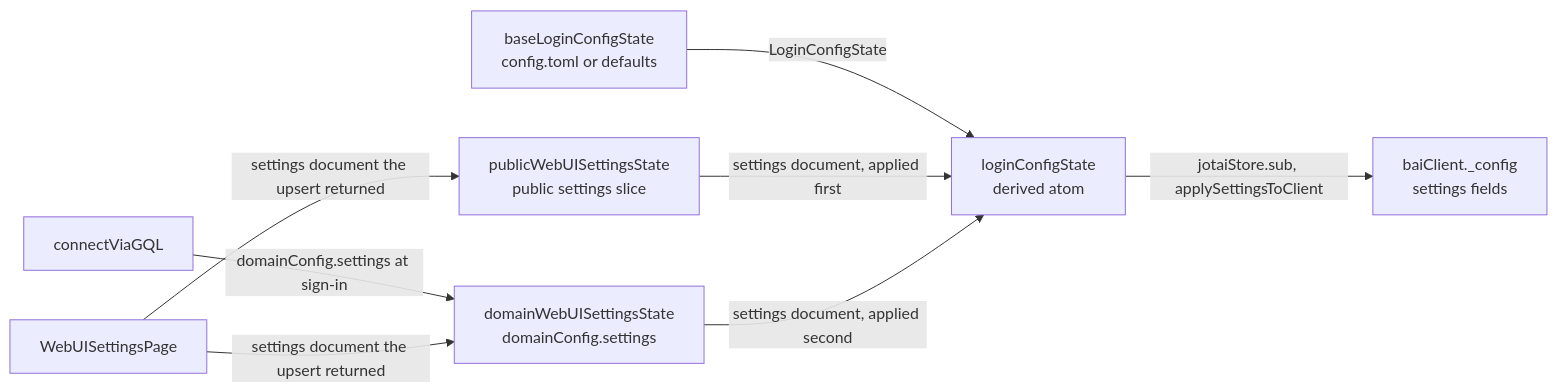
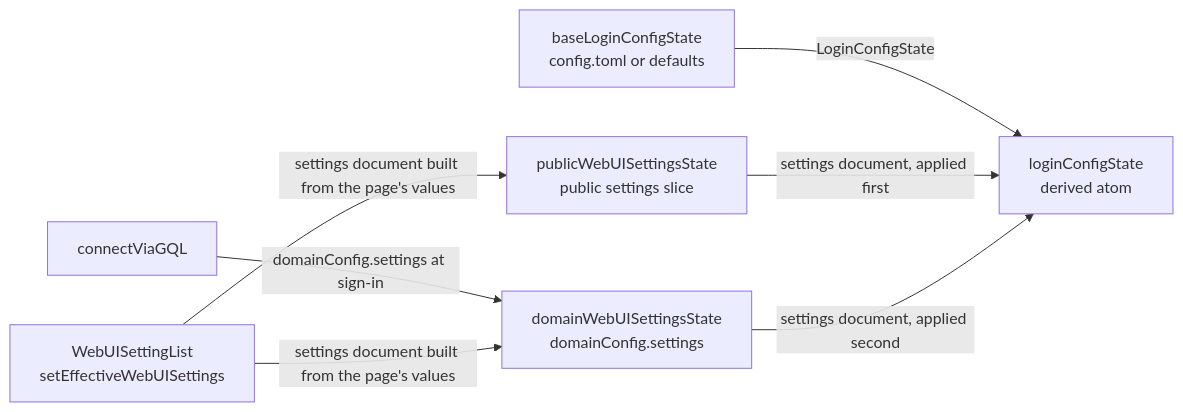
Before and after one commit to lablup/backend.ai-webui: the second of 2 diagrams in docs/adr/0033-scoped-and-merged-app-config-hooks.md, drawn with Mermaid. The commit also changed other lines of this file and 124 other files, not shown here.

Commit message:
feat(#10941): save System Settings on change and apply them without a reload (#11090)

````diff
--- a/docs/adr/0033-scoped-and-merged-app-config-hooks.md
+++ b/docs/adr/0033-scoped-and-merged-app-config-hooks.md
@@ -47,17 +47,15 @@
 ```mermaid
 flowchart LR
   sign["connectViaGQL"]
-  page["WebUISettingsPage"]
+  page["WebUISettingList<br/>setEffectiveWebUISettings"]
   base["baseLoginConfigState<br/>config.toml or defaults"]
   pub["publicWebUISettingsState<br/>public settings slice"]
   dom["domainWebUISettingsState<br/>domainConfig.settings"]
   eff["loginConfigState<br/>derived atom"]
-  client["baiClient._config<br/>settings fields"]
   sign -- "domainConfig.settings at sign-in" --> dom
-  page -- "settings document the upsert returned" --> pub
-  page -- "settings document the upsert returned" --> dom
+  page -- "settings document built from the page's values" --> pub
+  page -- "settings document built from the page's values" --> dom
   base -- "LoginConfigState" --> eff
   pub -- "settings document, applied first" --> eff
   dom -- "settings document, applied second" --> eff
-  eff -- "jotaiStore.sub, applySettingsToClient" --> client
 ```
````
